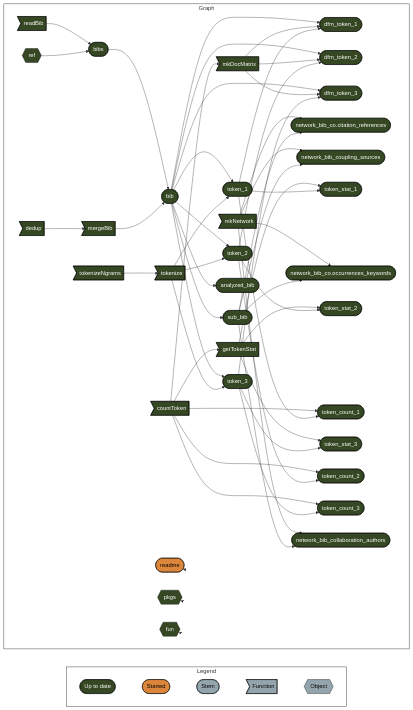
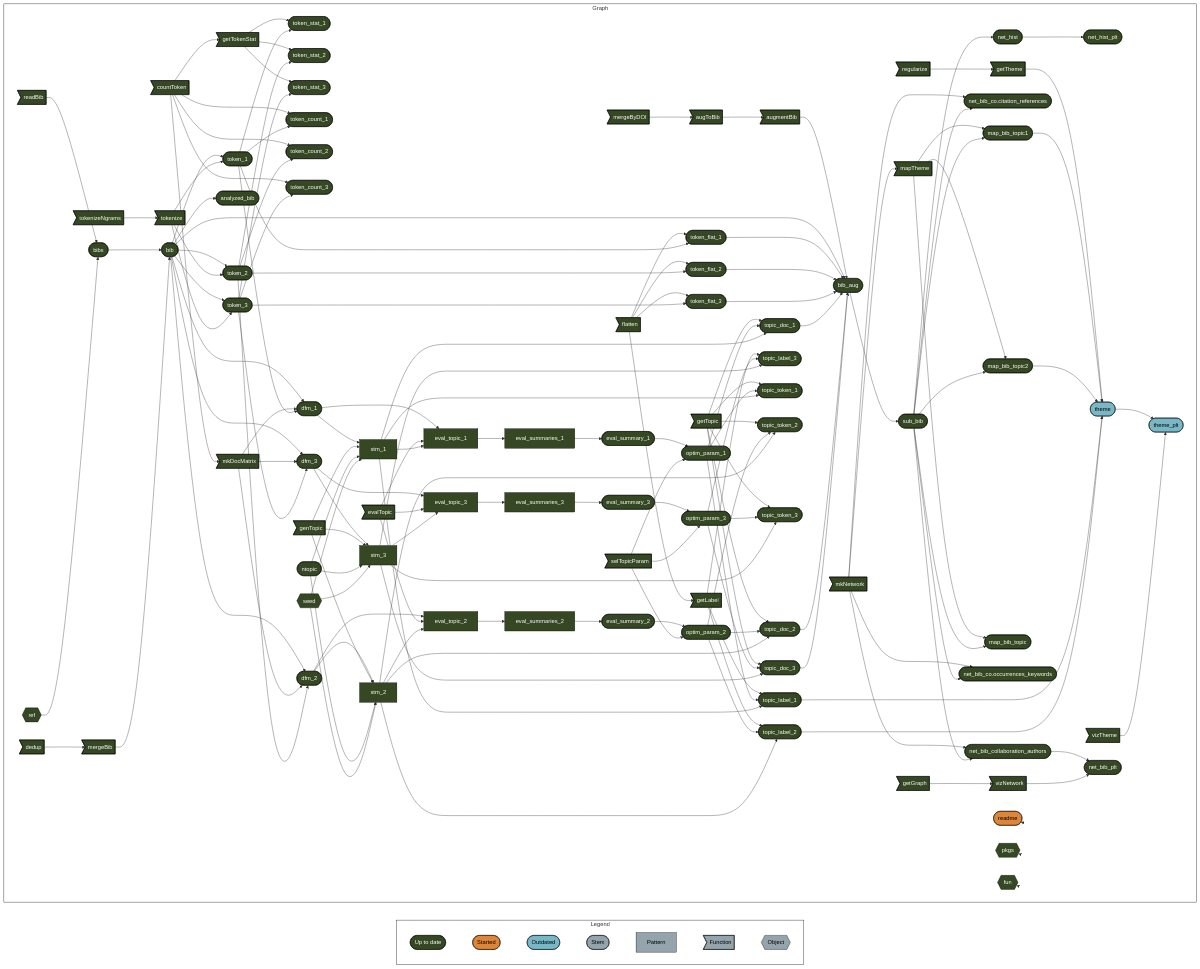
The diagram in README.md (namakala/resilience-bibliometrics), drawn with Mermaid before and after one commit. The commit also changed 2 other files, not shown here.

Commit message:
Visualize the thematic map

````diff
--- a/README.md
+++ b/README.md
@@ -73,69 +73,169 @@
   subgraph Legend
     direction LR
     x7420bd9270f8d27d([""Up to date""]):::uptodate --- x5b3426b4c7fa7dbc([""Started""]):::started
-    x5b3426b4c7fa7dbc([""Started""]):::started --- xbf4603d6c2c2ad6b([""Stem""]):::none
-    xbf4603d6c2c2ad6b([""Stem""]):::none --- xf0bce276fe2b9d3e>""Function""]:::none
+    x5b3426b4c7fa7dbc([""Started""]):::started --- x0a52b03877696646([""Outdated""]):::outdated
+    x0a52b03877696646([""Outdated""]):::outdated --- xbf4603d6c2c2ad6b([""Stem""]):::none
+    xbf4603d6c2c2ad6b([""Stem""]):::none --- x70a5fa6bea6f298d[""Pattern""]:::none
+    x70a5fa6bea6f298d[""Pattern""]:::none --- xf0bce276fe2b9d3e>""Function""]:::none
     xf0bce276fe2b9d3e>""Function""]:::none --- x5bffbffeae195fc9{{""Object""}}:::none
   end
   subgraph Graph
     direction LR
+    xe8106633484dc4fe>"mkNetwork"]:::uptodate --> xd5f458da9fb5a730>"mapTheme"]:::uptodate
+    x9f4ef3011fe80273>"regularize"]:::uptodate --> x526ae069d8cfaac5>"getTheme"]:::uptodate
+    xe427ebfaffa48850>"getGraph"]:::uptodate --> x3fb1b27e75a74c3b>"vizNetwork"]:::uptodate
+    x8c84eb080ccbef92>"countToken"]:::uptodate --> x5b3deeac8d9d74fb>"getTokenStat"]:::uptodate
+    x8c84eb080ccbef92>"countToken"]:::uptodate --> xc93041fcb624a462>"mkDocMatrix"]:::uptodate
     x2e3537559af5fbf8>"dedup"]:::uptodate --> x9e9a67411fa60786>"mergeBib"]:::uptodate
+    x9d671fe3c715bf64>"flatten"]:::uptodate --> x82e62d618bc88e7e>"getLabel"]:::uptodate
     xe55316a1f7b4fae4>"tokenizeNgrams"]:::uptodate --> x86247b0b8f4cd373>"tokenize"]:::uptodate
-    x8c84eb080ccbef92>"countToken"]:::uptodate --> xc93041fcb624a462>"mkDocMatrix"]:::uptodate
-    x8c84eb080ccbef92>"countToken"]:::uptodate --> x5b3deeac8d9d74fb>"getTokenStat"]:::uptodate
-    x2f7ce3a74217c3eb(["bib"]):::uptodate --> x07843bd95bfde64b(["dfm_token_1"]):::uptodate
-    xc93041fcb624a462>"mkDocMatrix"]:::uptodate --> x07843bd95bfde64b(["dfm_token_1"]):::uptodate
-    x3115d41a9a868779(["token_1"]):::uptodate --> x07843bd95bfde64b(["dfm_token_1"]):::uptodate
-    x2f7ce3a74217c3eb(["bib"]):::uptodate --> xff02ab3affa8bcbd(["dfm_token_2"]):::uptodate
-    xc93041fcb624a462>"mkDocMatrix"]:::uptodate --> xff02ab3affa8bcbd(["dfm_token_2"]):::uptodate
-    xe379b3a87aa6402a(["token_2"]):::uptodate --> xff02ab3affa8bcbd(["dfm_token_2"]):::uptodate
-    x2f7ce3a74217c3eb(["bib"]):::uptodate --> x124d63120f617387(["dfm_token_3"]):::uptodate
-    xc93041fcb624a462>"mkDocMatrix"]:::uptodate --> x124d63120f617387(["dfm_token_3"]):::uptodate
-    xf1bba0d245da2dfd(["token_3"]):::uptodate --> x124d63120f617387(["dfm_token_3"]):::uptodate
-    xe8106633484dc4fe>"mkNetwork"]:::uptodate --> xb8fe725f31aeab81(["network_bib_co.citation_references"]):::uptodate
-    x1592aa0a5fd55f23(["sub_bib"]):::uptodate --> xb8fe725f31aeab81(["network_bib_co.citation_references"]):::uptodate
+    x939ce327f826a4c8>"augToBib"]:::uptodate --> x1a91335926f4a99e>"augmentBib"]:::uptodate
+    x82fe2bb8b38bd06c>"mergeByDOI"]:::uptodate --> x939ce327f826a4c8>"augToBib"]:::uptodate
+    x5b3deeac8d9d74fb>"getTokenStat"]:::uptodate --> xcaaf7c7bd8e35ab0(["token_stat_1"]):::uptodate
+    x3115d41a9a868779(["token_1"]):::uptodate --> xcaaf7c7bd8e35ab0(["token_stat_1"]):::uptodate
+    x5cdbbaf8a1244604>"getTopic"]:::uptodate --> xa8e53da9537b8a4e(["topic_doc_1"]):::uptodate
+    xc8082656a8ada16b(["optim_param_1"]):::uptodate --> xa8e53da9537b8a4e(["topic_doc_1"]):::uptodate
+    xd0367a1e5446b6a3["stm_1"]:::uptodate --> xa8e53da9537b8a4e(["topic_doc_1"]):::uptodate
+    x5b3deeac8d9d74fb>"getTokenStat"]:::uptodate --> x4278c1afaa4bd567(["token_stat_2"]):::uptodate
+    xe379b3a87aa6402a(["token_2"]):::uptodate --> x4278c1afaa4bd567(["token_stat_2"]):::uptodate
+    x5cdbbaf8a1244604>"getTopic"]:::uptodate --> xa5a741489892d4d7(["topic_doc_2"]):::uptodate
+    x6cb5dee127f58742(["optim_param_2"]):::uptodate --> xa5a741489892d4d7(["topic_doc_2"]):::uptodate
+    x5a1898d7b5099422["stm_2"]:::uptodate --> xa5a741489892d4d7(["topic_doc_2"]):::uptodate
+    x5b3deeac8d9d74fb>"getTokenStat"]:::uptodate --> x4c26d0b91e560ca7(["token_stat_3"]):::uptodate
+    xf1bba0d245da2dfd(["token_3"]):::uptodate --> x4c26d0b91e560ca7(["token_stat_3"]):::uptodate
+    x5cdbbaf8a1244604>"getTopic"]:::uptodate --> x4fc9e1ae9b49ea3c(["topic_doc_3"]):::uptodate
+    xa61118f41413bb66(["optim_param_3"]):::uptodate --> x4fc9e1ae9b49ea3c(["topic_doc_3"]):::uptodate
+    xac8d14645b350239["stm_3"]:::uptodate --> x4fc9e1ae9b49ea3c(["topic_doc_3"]):::uptodate
+    xffb09e21cb2bb0ec>"readBib"]:::uptodate --> xb2d44098e9dbb607(["bibs"]):::uptodate
+    xc5a9e5584c3f223f{{"ref"}}:::uptodate --> xb2d44098e9dbb607(["bibs"]):::uptodate
+    x7eb08bfa4d5ee377["eval_summaries_1"]:::uptodate --> xda0a1b408497d7ac(["eval_summary_1"]):::uptodate
+    x8c84eb080ccbef92>"countToken"]:::uptodate --> x0a25155295475de3(["token_count_1"]):::uptodate
+    x3115d41a9a868779(["token_1"]):::uptodate --> x0a25155295475de3(["token_count_1"]):::uptodate
+    x14bc624547f154f2["eval_summaries_2"]:::uptodate --> xff30368e56172ec2(["eval_summary_2"]):::uptodate
+    x8c84eb080ccbef92>"countToken"]:::uptodate --> x4a99a33f2cffd9a2(["token_count_2"]):::uptodate
+    xe379b3a87aa6402a(["token_2"]):::uptodate --> x4a99a33f2cffd9a2(["token_count_2"]):::uptodate
+    xa47e508563e85eac["eval_summaries_3"]:::uptodate --> x78ba4032e44c94dc(["eval_summary_3"]):::uptodate
+    xe8106633484dc4fe>"mkNetwork"]:::uptodate --> xfb4fe9f78f06bedc(["net_bib_co.citation_references"]):::uptodate
+    x1592aa0a5fd55f23(["sub_bib"]):::uptodate --> xfb4fe9f78f06bedc(["net_bib_co.citation_references"]):::uptodate
+    x8c84eb080ccbef92>"countToken"]:::uptodate --> x1bf731753ea8de12(["token_count_3"]):::uptodate
+    xf1bba0d245da2dfd(["token_3"]):::uptodate --> x1bf731753ea8de12(["token_count_3"]):::uptodate
+    x1a91335926f4a99e>"augmentBib"]:::uptodate --> x83d6705e1b12040d(["bib_aug"]):::uptodate
+    x2f7ce3a74217c3eb(["bib"]):::uptodate --> x83d6705e1b12040d(["bib_aug"]):::uptodate
+    xe87e1a2d13f75745(["token_flat_1"]):::uptodate --> x83d6705e1b12040d(["bib_aug"]):::uptodate
+    xb5f69d5d79b5defc(["token_flat_2"]):::uptodate --> x83d6705e1b12040d(["bib_aug"]):::uptodate
+    x61c15c5a638eedf9(["token_flat_3"]):::uptodate --> x83d6705e1b12040d(["bib_aug"]):::uptodate
+    xa8e53da9537b8a4e(["topic_doc_1"]):::uptodate --> x83d6705e1b12040d(["bib_aug"]):::uptodate
+    xa5a741489892d4d7(["topic_doc_2"]):::uptodate --> x83d6705e1b12040d(["bib_aug"]):::uptodate
+    x4fc9e1ae9b49ea3c(["topic_doc_3"]):::uptodate --> x83d6705e1b12040d(["bib_aug"]):::uptodate
+    x0b850f22018be657(["dfm_1"]):::uptodate --> x06a467991b80a4ae["eval_topic_1"]:::uptodate
+    xf80f600a5a9c7261>"evalTopic"]:::uptodate --> x06a467991b80a4ae["eval_topic_1"]:::uptodate
+    xd0367a1e5446b6a3["stm_1"]:::uptodate --> x06a467991b80a4ae["eval_topic_1"]:::uptodate
+    xd5f458da9fb5a730>"mapTheme"]:::uptodate --> xd660345371dff399(["map_bib_topic1"]):::uptodate
+    x1592aa0a5fd55f23(["sub_bib"]):::uptodate --> xd660345371dff399(["map_bib_topic1"]):::uptodate
+    x82e62d618bc88e7e>"getLabel"]:::uptodate --> xf91a477ac7d89474(["topic_label_1"]):::uptodate
+    xc8082656a8ada16b(["optim_param_1"]):::uptodate --> xf91a477ac7d89474(["topic_label_1"]):::uptodate
+    xd0367a1e5446b6a3["stm_1"]:::uptodate --> xf91a477ac7d89474(["topic_label_1"]):::uptodate
+    xda935d9cbc8f3b46(["dfm_2"]):::uptodate --> x85186046cac8f386["eval_topic_2"]:::uptodate
+    xf80f600a5a9c7261>"evalTopic"]:::uptodate --> x85186046cac8f386["eval_topic_2"]:::uptodate
+    x5a1898d7b5099422["stm_2"]:::uptodate --> x85186046cac8f386["eval_topic_2"]:::uptodate
+    xd5f458da9fb5a730>"mapTheme"]:::uptodate --> xe5668e8da4c9625d(["map_bib_topic2"]):::uptodate
+    x1592aa0a5fd55f23(["sub_bib"]):::uptodate --> xe5668e8da4c9625d(["map_bib_topic2"]):::uptodate
+    x82e62d618bc88e7e>"getLabel"]:::uptodate --> x6c2900ba07fd8520(["topic_label_2"]):::uptodate
+    x6cb5dee127f58742(["optim_param_2"]):::uptodate --> x6c2900ba07fd8520(["topic_label_2"]):::uptodate
+    x5a1898d7b5099422["stm_2"]:::uptodate --> x6c2900ba07fd8520(["topic_label_2"]):::uptodate
+    x8a4f23ffbaf15159(["dfm_3"]):::uptodate --> xf62445bb8a53abf2["eval_topic_3"]:::uptodate
+    xf80f600a5a9c7261>"evalTopic"]:::uptodate --> xf62445bb8a53abf2["eval_topic_3"]:::uptodate
+    xac8d14645b350239["stm_3"]:::uptodate --> xf62445bb8a53abf2["eval_topic_3"]:::uptodate
+    x82e62d618bc88e7e>"getLabel"]:::uptodate --> x2472a4751ea45616(["topic_label_3"]):::uptodate
+    xa61118f41413bb66(["optim_param_3"]):::uptodate --> x2472a4751ea45616(["topic_label_3"]):::uptodate
+    xac8d14645b350239["stm_3"]:::uptodate --> x2472a4751ea45616(["topic_label_3"]):::uptodate
+    x2f7ce3a74217c3eb(["bib"]):::uptodate --> x5d0137cf25dee142(["analyzed_bib"]):::uptodate
+    xd5f458da9fb5a730>"mapTheme"]:::uptodate --> x5de8759ab2810278(["map_bib_topic"]):::uptodate
+    x1592aa0a5fd55f23(["sub_bib"]):::uptodate --> x5de8759ab2810278(["map_bib_topic"]):::uptodate
+    xe8106633484dc4fe>"mkNetwork"]:::uptodate --> x2ff661369c94fc41(["net_bib_co.occurrences_keywords"]):::uptodate
+    x1592aa0a5fd55f23(["sub_bib"]):::uptodate --> x2ff661369c94fc41(["net_bib_co.occurrences_keywords"]):::uptodate
+    x76b58a7850052e79(["net_hist"]):::uptodate --> x13b32a6ce3fac82a(["net_hist_plt"]):::uptodate
+    x83d6705e1b12040d(["bib_aug"]):::uptodate --> x1592aa0a5fd55f23(["sub_bib"]):::uptodate
+    xe8106633484dc4fe>"mkNetwork"]:::uptodate --> xc21aeee6947f1d28(["net_bib_collaboration_authors"]):::uptodate
+    x1592aa0a5fd55f23(["sub_bib"]):::uptodate --> xc21aeee6947f1d28(["net_bib_collaboration_authors"]):::uptodate
+    x2f7ce3a74217c3eb(["bib"]):::uptodate --> x0b850f22018be657(["dfm_1"]):::uptodate
+    xc93041fcb624a462>"mkDocMatrix"]:::uptodate --> x0b850f22018be657(["dfm_1"]):::uptodate
+    x3115d41a9a868779(["token_1"]):::uptodate --> x0b850f22018be657(["dfm_1"]):::uptodate
+    x5cdbbaf8a1244604>"getTopic"]:::uptodate --> x7fb410e8991d38d8(["topic_token_1"]):::uptodate
+    xc8082656a8ada16b(["optim_param_1"]):::uptodate --> x7fb410e8991d38d8(["topic_token_1"]):::uptodate
+    xd0367a1e5446b6a3["stm_1"]:::uptodate --> x7fb410e8991d38d8(["topic_token_1"]):::uptodate
+    x2f7ce3a74217c3eb(["bib"]):::uptodate --> xda935d9cbc8f3b46(["dfm_2"]):::uptodate
+    xc93041fcb624a462>"mkDocMatrix"]:::uptodate --> xda935d9cbc8f3b46(["dfm_2"]):::uptodate
+    xe379b3a87aa6402a(["token_2"]):::uptodate --> xda935d9cbc8f3b46(["dfm_2"]):::uptodate
+    x5cdbbaf8a1244604>"getTopic"]:::uptodate --> x167056d2eacb1749(["topic_token_2"]):::uptodate
+    x6cb5dee127f58742(["optim_param_2"]):::uptodate --> x167056d2eacb1749(["topic_token_2"]):::uptodate
+    x5a1898d7b5099422["stm_2"]:::uptodate --> x167056d2eacb1749(["topic_token_2"]):::uptodate
+    xb2d44098e9dbb607(["bibs"]):::uptodate --> x2f7ce3a74217c3eb(["bib"]):::uptodate
+    x9e9a67411fa60786>"mergeBib"]:::uptodate --> x2f7ce3a74217c3eb(["bib"]):::uptodate
+    x2f7ce3a74217c3eb(["bib"]):::uptodate --> x8a4f23ffbaf15159(["dfm_3"]):::uptodate
+    xc93041fcb624a462>"mkDocMatrix"]:::uptodate --> x8a4f23ffbaf15159(["dfm_3"]):::uptodate
+    xf1bba0d245da2dfd(["token_3"]):::uptodate --> x8a4f23ffbaf15159(["dfm_3"]):::uptodate
+    x5cdbbaf8a1244604>"getTopic"]:::uptodate --> xea54396647b46690(["topic_token_3"]):::uptodate
+    xa61118f41413bb66(["optim_param_3"]):::uptodate --> xea54396647b46690(["topic_token_3"]):::uptodate
+    xac8d14645b350239["stm_3"]:::uptodate --> xea54396647b46690(["topic_token_3"]):::uptodate
+    x1592aa0a5fd55f23(["sub_bib"]):::uptodate --> x76b58a7850052e79(["net_hist"]):::uptodate
+    x06a467991b80a4ae["eval_topic_1"]:::uptodate --> x7eb08bfa4d5ee377["eval_summaries_1"]:::uptodate
+    xda0a1b408497d7ac(["eval_summary_1"]):::uptodate --> xc8082656a8ada16b(["optim_param_1"]):::uptodate
+    x378eaef7eb720930>"selTopicParam"]:::uptodate --> xc8082656a8ada16b(["optim_param_1"]):::uptodate
+    x85186046cac8f386["eval_topic_2"]:::uptodate --> x14bc624547f154f2["eval_summaries_2"]:::uptodate
+    xff30368e56172ec2(["eval_summary_2"]):::uptodate --> x6cb5dee127f58742(["optim_param_2"]):::uptodate
+    x378eaef7eb720930>"selTopicParam"]:::uptodate --> x6cb5dee127f58742(["optim_param_2"]):::uptodate
+    xf62445bb8a53abf2["eval_topic_3"]:::uptodate --> xa47e508563e85eac["eval_summaries_3"]:::uptodate
+    x78ba4032e44c94dc(["eval_summary_3"]):::uptodate --> xa61118f41413bb66(["optim_param_3"]):::uptodate
+    x378eaef7eb720930>"selTopicParam"]:::uptodate --> xa61118f41413bb66(["optim_param_3"]):::uptodate
     x2f7ce3a74217c3eb(["bib"]):::uptodate --> x3115d41a9a868779(["token_1"]):::uptodate
     x86247b0b8f4cd373>"tokenize"]:::uptodate --> x3115d41a9a868779(["token_1"]):::uptodate
     x2f7ce3a74217c3eb(["bib"]):::uptodate --> xe379b3a87aa6402a(["token_2"]):::uptodate
     x86247b0b8f4cd373>"tokenize"]:::uptodate --> xe379b3a87aa6402a(["token_2"]):::uptodate
-    xe8106633484dc4fe>"mkNetwork"]:::uptodate --> x08fd35004ffd1a5e(["network_bib_coupling_sources"]):::uptodate
-    x1592aa0a5fd55f23(["sub_bib"]):::uptodate --> x08fd35004ffd1a5e(["network_bib_coupling_sources"]):::uptodate
     x2f7ce3a74217c3eb(["bib"]):::uptodate --> xf1bba0d245da2dfd(["token_3"]):::uptodate
     x86247b0b8f4cd373>"tokenize"]:::uptodate --> xf1bba0d245da2dfd(["token_3"]):::uptodate
-    x5b3deeac8d9d74fb>"getTokenStat"]:::uptodate --> xcaaf7c7bd8e35ab0(["token_stat_1"]):::uptodate
-    x3115d41a9a868779(["token_1"]):::uptodate --> xcaaf7c7bd8e35ab0(["token_stat_1"]):::uptodate
-    xe8106633484dc4fe>"mkNetwork"]:::uptodate --> x8a9d43035347248b(["network_bib_co.occurrences_keywords"]):::uptodate
-    x1592aa0a5fd55f23(["sub_bib"]):::uptodate --> x8a9d43035347248b(["network_bib_co.occurrences_keywords"]):::uptodate
-    x5b3deeac8d9d74fb>"getTokenStat"]:::uptodate --> x4278c1afaa4bd567(["token_stat_2"]):::uptodate
-    xe379b3a87aa6402a(["token_2"]):::uptodate --> x4278c1afaa4bd567(["token_stat_2"]):::uptodate
-    x8c84eb080ccbef92>"countToken"]:::uptodate --> x0a25155295475de3(["token_count_1"]):::uptodate
-    x3115d41a9a868779(["token_1"]):::uptodate --> x0a25155295475de3(["token_count_1"]):::uptodate
-    x5b3deeac8d9d74fb>"getTokenStat"]:::uptodate --> x4c26d0b91e560ca7(["token_stat_3"]):::uptodate
-    xf1bba0d245da2dfd(["token_3"]):::uptodate --> x4c26d0b91e560ca7(["token_stat_3"]):::uptodate
-    x8c84eb080ccbef92>"countToken"]:::uptodate --> x4a99a33f2cffd9a2(["token_count_2"]):::uptodate
-    xe379b3a87aa6402a(["token_2"]):::uptodate --> x4a99a33f2cffd9a2(["token_count_2"]):::uptodate
-    x8c84eb080ccbef92>"countToken"]:::uptodate --> x1bf731753ea8de12(["token_count_3"]):::uptodate
-    xf1bba0d245da2dfd(["token_3"]):::uptodate --> x1bf731753ea8de12(["token_count_3"]):::uptodate
-    xb2d44098e9dbb607(["bibs"]):::uptodate --> x2f7ce3a74217c3eb(["bib"]):::uptodate
-    x9e9a67411fa60786>"mergeBib"]:::uptodate --> x2f7ce3a74217c3eb(["bib"]):::uptodate
-    x2f7ce3a74217c3eb(["bib"]):::uptodate --> x5d0137cf25dee142(["analyzed_bib"]):::uptodate
-    xe8106633484dc4fe>"mkNetwork"]:::uptodate --> xf693832e59b3c0b7(["network_bib_collaboration_authors"]):::uptodate
-    x1592aa0a5fd55f23(["sub_bib"]):::uptodate --> xf693832e59b3c0b7(["network_bib_collaboration_authors"]):::uptodate
-    xffb09e21cb2bb0ec>"readBib"]:::uptodate --> xb2d44098e9dbb607(["bibs"]):::uptodate
-    xc5a9e5584c3f223f{{"ref"}}:::uptodate --> xb2d44098e9dbb607(["bibs"]):::uptodate
-    x2f7ce3a74217c3eb(["bib"]):::uptodate --> x1592aa0a5fd55f23(["sub_bib"]):::uptodate
+    x9d671fe3c715bf64>"flatten"]:::uptodate --> xe87e1a2d13f75745(["token_flat_1"]):::uptodate
+    x3115d41a9a868779(["token_1"]):::uptodate --> xe87e1a2d13f75745(["token_flat_1"]):::uptodate
+    x0b850f22018be657(["dfm_1"]):::uptodate --> xd0367a1e5446b6a3["stm_1"]:::uptodate
+    xfc1752122b7f5302>"genTopic"]:::uptodate --> xd0367a1e5446b6a3["stm_1"]:::uptodate
+    xee8868c11de4b9e2(["ntopic"]):::uptodate --> xd0367a1e5446b6a3["stm_1"]:::uptodate
+    x6e87002190572330{{"seed"}}:::uptodate --> xd0367a1e5446b6a3["stm_1"]:::uptodate
+    x9d671fe3c715bf64>"flatten"]:::uptodate --> xb5f69d5d79b5defc(["token_flat_2"]):::uptodate
+    xe379b3a87aa6402a(["token_2"]):::uptodate --> xb5f69d5d79b5defc(["token_flat_2"]):::uptodate
+    xda935d9cbc8f3b46(["dfm_2"]):::uptodate --> x5a1898d7b5099422["stm_2"]:::uptodate
+    xfc1752122b7f5302>"genTopic"]:::uptodate --> x5a1898d7b5099422["stm_2"]:::uptodate
+    xee8868c11de4b9e2(["ntopic"]):::uptodate --> x5a1898d7b5099422["stm_2"]:::uptodate
+    x6e87002190572330{{"seed"}}:::uptodate --> x5a1898d7b5099422["stm_2"]:::uptodate
+    x9d671fe3c715bf64>"flatten"]:::uptodate --> x61c15c5a638eedf9(["token_flat_3"]):::uptodate
+    xf1bba0d245da2dfd(["token_3"]):::uptodate --> x61c15c5a638eedf9(["token_flat_3"]):::uptodate
+    x8a4f23ffbaf15159(["dfm_3"]):::uptodate --> xac8d14645b350239["stm_3"]:::uptodate
+    xfc1752122b7f5302>"genTopic"]:::uptodate --> xac8d14645b350239["stm_3"]:::uptodate
+    xee8868c11de4b9e2(["ntopic"]):::uptodate --> xac8d14645b350239["stm_3"]:::uptodate
+    x6e87002190572330{{"seed"}}:::uptodate --> xac8d14645b350239["stm_3"]:::uptodate
+    xba77f89666b4cb20(["theme"]):::outdated --> xdcb7a04111d5c3fd(["theme_plt"]):::outdated
+    x45d39a73e00e4fd3>"vizTheme"]:::uptodate --> xdcb7a04111d5c3fd(["theme_plt"]):::outdated
+    xc21aeee6947f1d28(["net_bib_collaboration_authors"]):::uptodate --> x561017f6ea551642(["net_bib_plt"]):::uptodate
+    x3fb1b27e75a74c3b>"vizNetwork"]:::uptodate --> x561017f6ea551642(["net_bib_plt"]):::uptodate
+    x526ae069d8cfaac5>"getTheme"]:::uptodate --> xba77f89666b4cb20(["theme"]):::outdated
+    xd660345371dff399(["map_bib_topic1"]):::uptodate --> xba77f89666b4cb20(["theme"]):::outdated
+    xe5668e8da4c9625d(["map_bib_topic2"]):::uptodate --> xba77f89666b4cb20(["theme"]):::outdated
+    xf91a477ac7d89474(["topic_label_1"]):::uptodate --> xba77f89666b4cb20(["theme"]):::outdated
+    x6c2900ba07fd8520(["topic_label_2"]):::uptodate --> xba77f89666b4cb20(["theme"]):::outdated
     x6e52cb0f1668cc22(["readme"]):::started --> x6e52cb0f1668cc22(["readme"]):::started
     x2d15849e3198e8d1{{"pkgs"}}:::uptodate --> x2d15849e3198e8d1{{"pkgs"}}:::uptodate
     x22b0201614333ef4{{"fun"}}:::uptodate --> x22b0201614333ef4{{"fun"}}:::uptodate
   end
   classDef uptodate stroke:#000000,color:#ffffff,fill:#354823;
   classDef started stroke:#000000,color:#000000,fill:#DC863B;
+  classDef outdated stroke:#000000,color:#000000,fill:#78B7C5;
   classDef none stroke:#000000,color:#000000,fill:#94a4ac;
   linkStyle 0 stroke-width:0px;
   linkStyle 1 stroke-width:0px;
   linkStyle 2 stroke-width:0px;
   linkStyle 3 stroke-width:0px;
-  linkStyle 49 stroke-width:0px;
-  linkStyle 50 stroke-width:0px;
-  linkStyle 51 stroke-width:0px;
+  linkStyle 4 stroke-width:0px;
+  linkStyle 5 stroke-width:0px;
+  linkStyle 146 stroke-width:0px;
+  linkStyle 147 stroke-width:0px;
+  linkStyle 148 stroke-width:0px;
 ```
````
